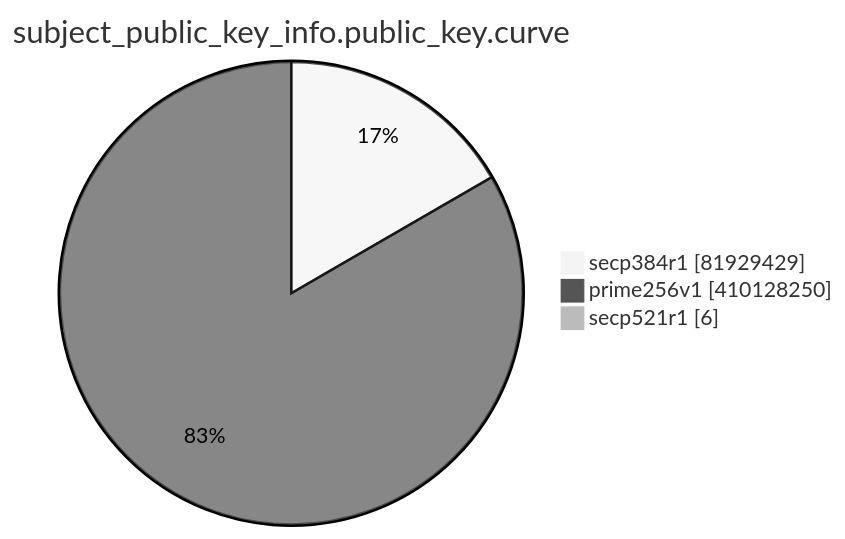
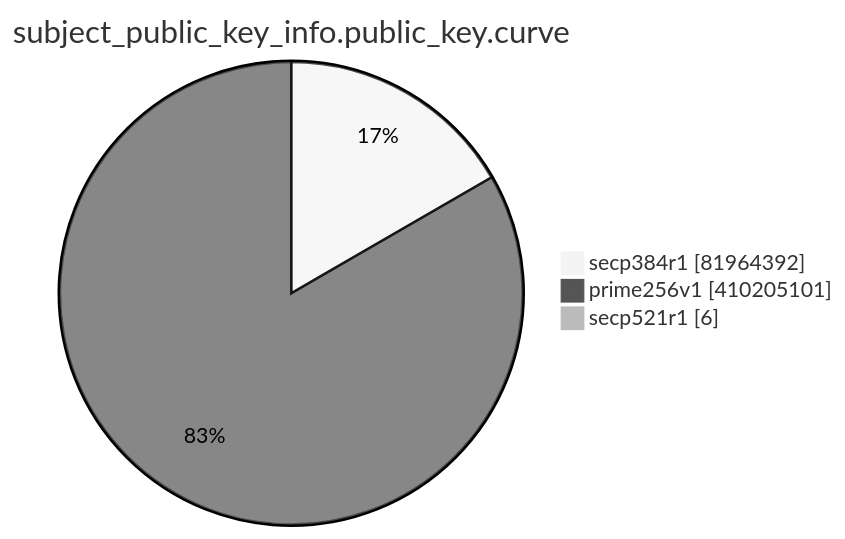
One commit to christiankrug/ctmonitor_visualization changed the eighth of 15 diagrams in TOTAL/README.md. Above: the diagram before and after it, drawn with Mermaid (neutral theme). The commit also changed other lines of this file, not shown here.

````diff
--- a/TOTAL/README.md
+++ b/TOTAL/README.md
@@ -3096,7 +3096,7 @@
 ```mermaid
 pie showData
 title subject_public_key_info.public_key.curve
-"secp384r1" :81929429
-"prime256v1" :410128250
+"secp384r1" :81964392
+"prime256v1" :410205101
 "secp521r1" :6
 ```
````
